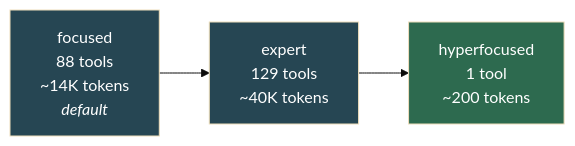
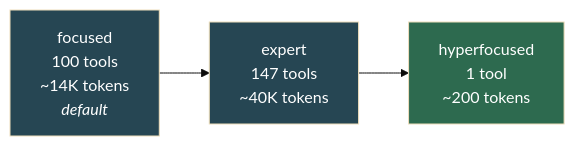
The third of 3 diagrams in README.md (pooyoukun/vibing-steampunk), drawn with Mermaid (base theme) before and after one commit. The commit also changed other lines of this file and 1 other file, not shown here.

First line of the commit message:
docs: update tool counts to 147 expert / 100 focused, 816 tests

````diff
--- a/README.md
+++ b/README.md
@@ -557,8 +557,8 @@
 ```mermaid
 graph LR
-    F["focused<br/>88 tools<br/>~14K tokens<br/><i>default</i>"] --> E["expert<br/>129 tools<br/>~40K tokens"]
+    F["focused<br/>100 tools<br/>~14K tokens<br/><i>default</i>"] --> E["expert<br/>147 tools<br/>~40K tokens"]
     E --> H["hyperfocused<br/>1 tool<br/>~200 tokens"]
     style H fill:#2d6a4f,color:#fff
     style F fill:#264653,color:#fff
     style E fill:#264653,color:#fff
 ```
````
